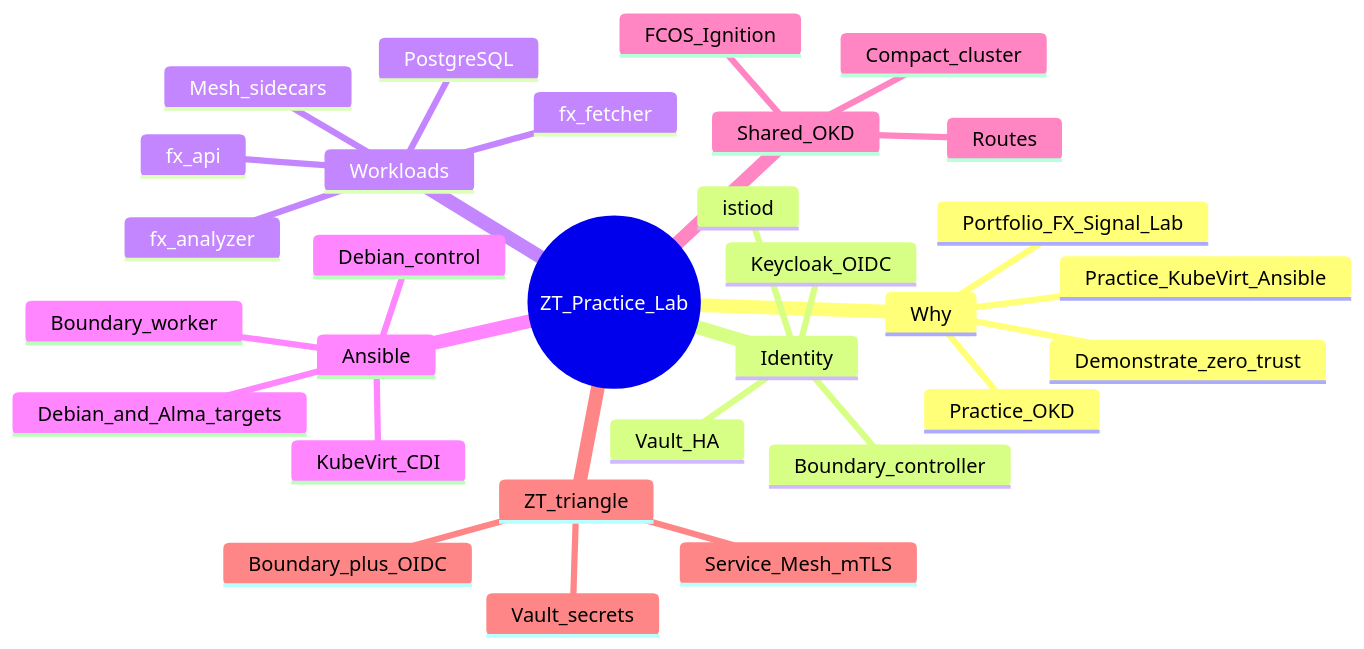
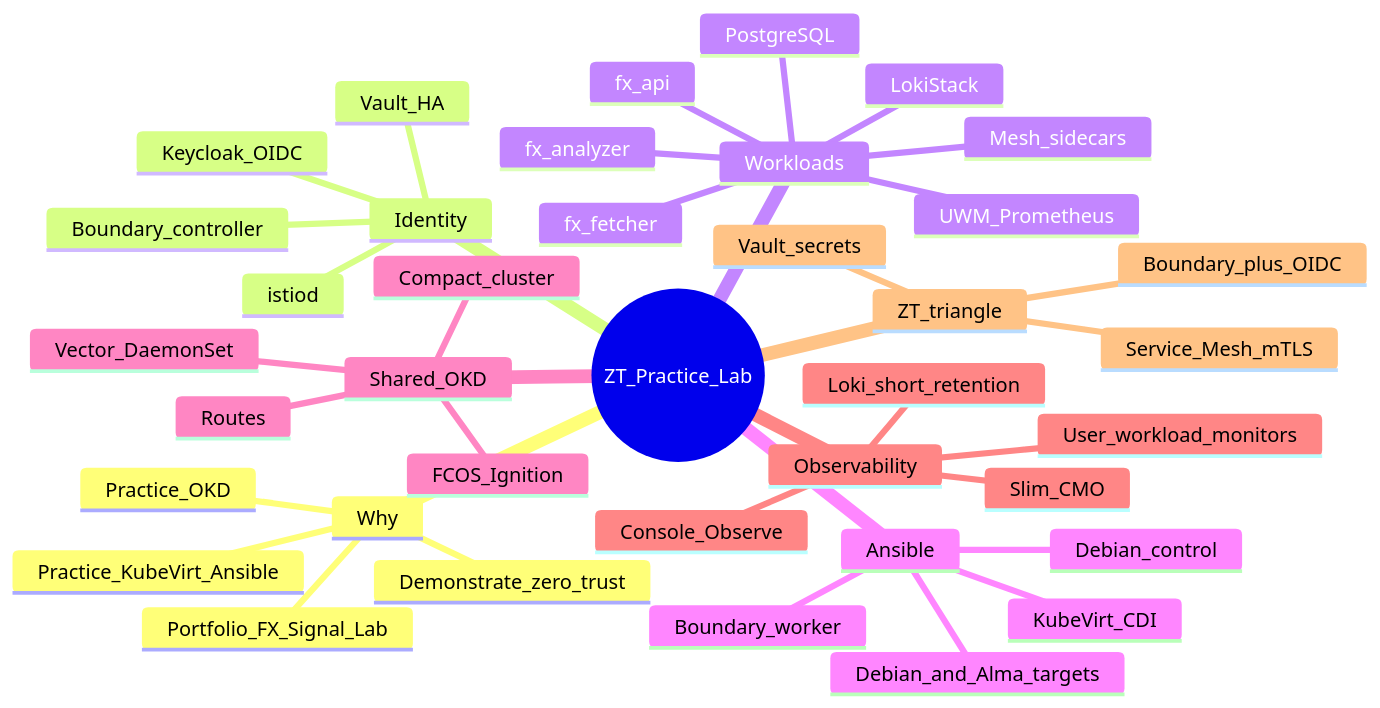
The first of 8 diagrams in _portfolio/vps-devops-lab.md (sfd-markets/cv), drawn with Mermaid before and after one commit. The commit also changed other lines of this file, not shown here.

Commit message:
updated with observability

````diff
--- a/_portfolio/vps-devops-lab.md
+++ b/_portfolio/vps-devops-lab.md
@@ -67,33 +76,41 @@
 ```mermaid
 mindmap
   root((ZT_Practice_Lab))
     Why
       Practice_OKD
       Practice_KubeVirt_Ansible
       Portfolio_FX_Signal_Lab
       Demonstrate_zero_trust
     Identity
       Vault_HA
       Boundary_controller
       Keycloak_OIDC
       istiod
     Workloads
       fx_fetcher
       fx_analyzer
       fx_api
       PostgreSQL
       Mesh_sidecars
+      UWM_Prometheus
+      LokiStack
     Ansible
       KubeVirt_CDI
       Debian_control
       Debian_and_Alma_targets
       Boundary_worker
     Shared_OKD
       Compact_cluster
       FCOS_Ignition
       Routes
+      Vector_DaemonSet
+    Observability
+      Console_Observe
+      Slim_CMO
+      User_workload_monitors
+      Loki_short_retention
     ZT_triangle
       Vault_secrets
       Boundary_plus_OIDC
       Service_Mesh_mTLS
 ```
````
